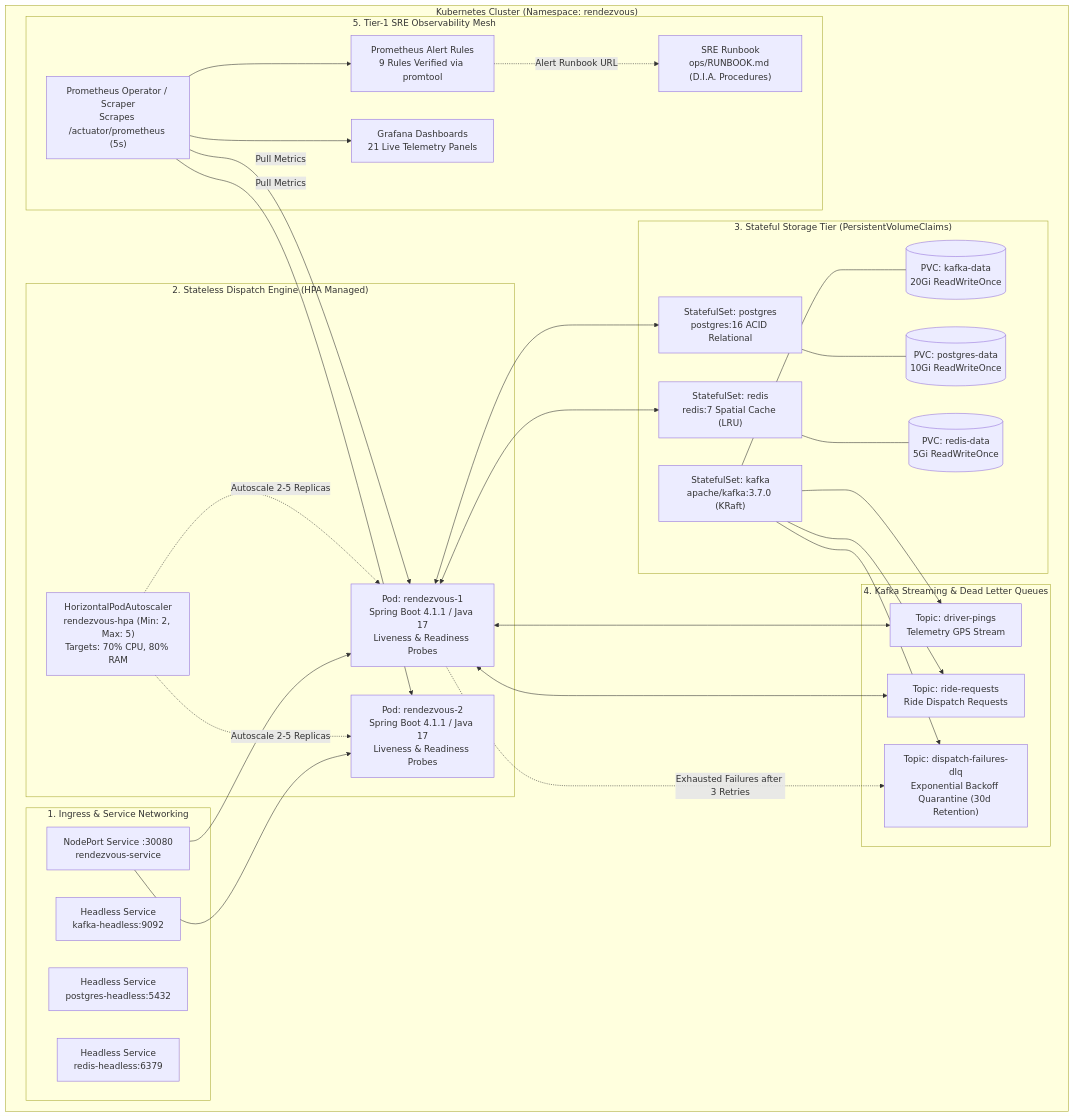
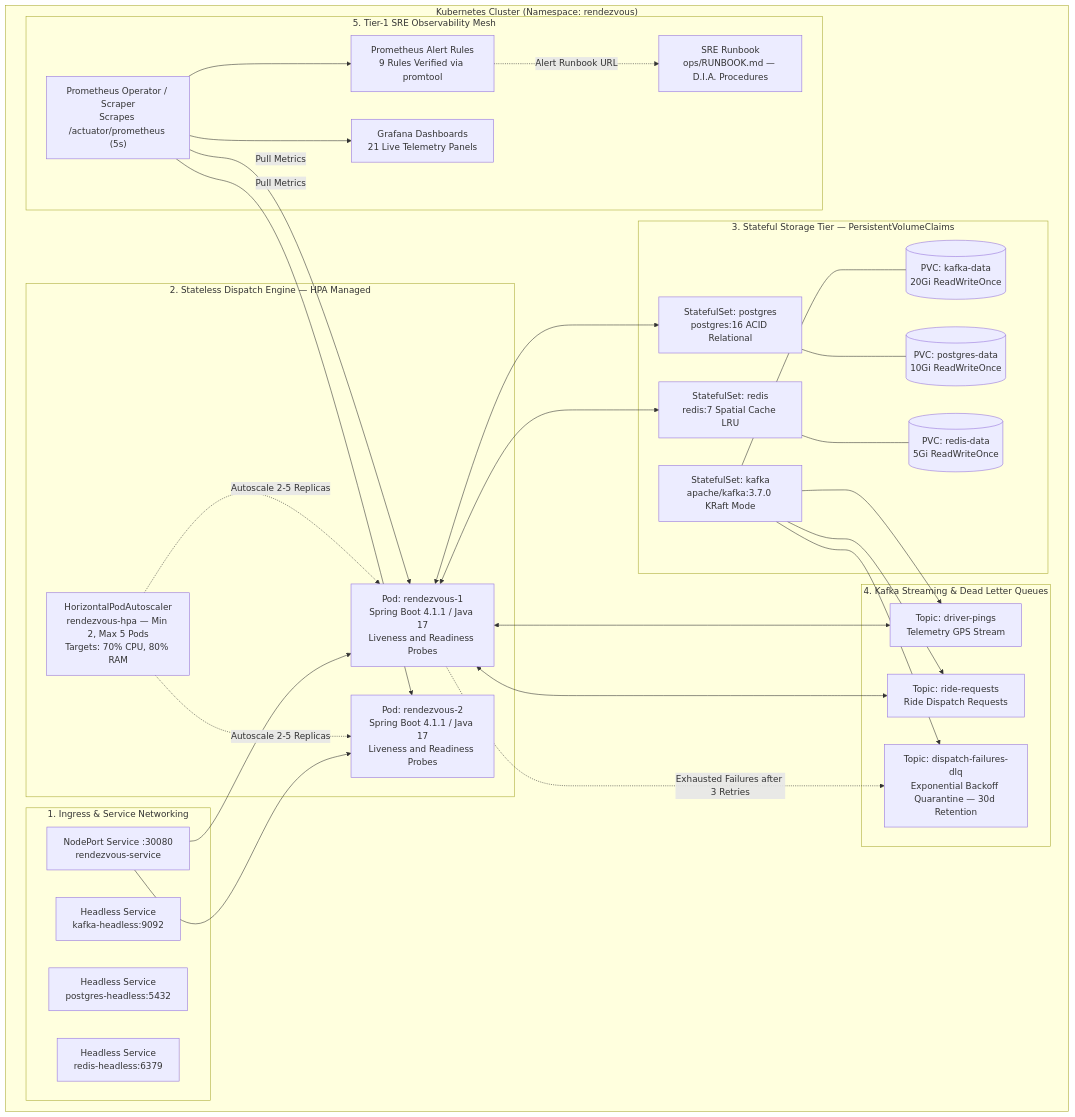
Before and after one commit to AagoshRajSri/Rendezvous: the first of 2 diagrams in README.md, drawn with Mermaid. The commit also changed other lines of this file, not shown here.

Commit message:
fix(docs): remove parentheses from Mermaid flowchart node labels for GitHub renderer compatibility

````diff
--- a/README.md
+++ b/README.md
@@ -77,65 +77,65 @@
 ```mermaid
 graph TD
     subgraph K8sCluster["Kubernetes Cluster (Namespace: rendezvous)"]
         
         subgraph IngressTier["1. Ingress & Service Networking"]
             SVC_NODE["NodePort Service :30080<br/>rendezvous-service"]
             SVC_KAFKA["Headless Service<br/>kafka-headless:9092"]
             SVC_PG["Headless Service<br/>postgres-headless:5432"]
             SVC_REDIS["Headless Service<br/>redis-headless:6379"]
         end
 
-        subgraph DispatchDeploy["2. Stateless Dispatch Engine (HPA Managed)"]
-            HPA["HorizontalPodAutoscaler<br/>rendezvous-hpa (Min: 2, Max: 5)<br/>Targets: 70% CPU, 80% RAM"]
-            POD1["Pod: rendezvous-1<br/>Spring Boot 4.1.1 / Java 17<br/>Liveness & Readiness Probes"]
-            POD2["Pod: rendezvous-2<br/>Spring Boot 4.1.1 / Java 17<br/>Liveness & Readiness Probes"]
+        subgraph DispatchDeploy["2. Stateless Dispatch Engine — HPA Managed"]
+            HPA["HorizontalPodAutoscaler<br/>rendezvous-hpa — Min 2, Max 5 Pods<br/>Targets: 70% CPU, 80% RAM"]
+            POD1["Pod: rendezvous-1<br/>Spring Boot 4.1.1 / Java 17<br/>Liveness and Readiness Probes"]
+            POD2["Pod: rendezvous-2<br/>Spring Boot 4.1.1 / Java 17<br/>Liveness and Readiness Probes"]
             HPA -.->|Autoscale 2-5 Replicas| POD1
             HPA -.->|Autoscale 2-5 Replicas| POD2
         end
 
-        subgraph StatefulDataTier["3. Stateful Storage Tier (PersistentVolumeClaims)"]
-            KAFKA_STS["StatefulSet: kafka<br/>apache/kafka:3.7.0 (KRaft)"]
+        subgraph StatefulDataTier["3. Stateful Storage Tier — PersistentVolumeClaims"]
+            KAFKA_STS["StatefulSet: kafka<br/>apache/kafka:3.7.0 KRaft Mode"]
             PVC_KAFKA[("PVC: kafka-data<br/>20Gi ReadWriteOnce")]
             KAFKA_STS --- PVC_KAFKA
 
             PG_STS["StatefulSet: postgres<br/>postgres:16 ACID Relational"]
             PVC_PG[("PVC: postgres-data<br/>10Gi ReadWriteOnce")]
             PG_STS --- PVC_PG
 
-            REDIS_STS["StatefulSet: redis<br/>redis:7 Spatial Cache (LRU)"]
+            REDIS_STS["StatefulSet: redis<br/>redis:7 Spatial Cache LRU"]
             PVC_REDIS[("PVC: redis-data<br/>5Gi ReadWriteOnce")]
             REDIS_STS --- PVC_REDIS
         end
 
         subgraph MessagingStreams["4. Kafka Streaming & Dead Letter Queues"]
             T_PING["Topic: driver-pings<br/>Telemetry GPS Stream"]
             T_RIDE["Topic: ride-requests<br/>Ride Dispatch Requests"]
-            T_DLQ["Topic: dispatch-failures-dlq<br/>Exponential Backoff Quarantine (30d Retention)"]
+            T_DLQ["Topic: dispatch-failures-dlq<br/>Exponential Backoff Quarantine — 30d Retention"]
             KAFKA_STS --> T_PING
             KAFKA_STS --> T_RIDE
             KAFKA_STS --> T_DLQ
         end
 
         subgraph ObservabilityMesh["5. Tier-1 SRE Observability Mesh"]
             PROM["Prometheus Operator / Scraper<br/>Scrapes /actuator/prometheus (5s)"]
             ALERT["Prometheus Alert Rules<br/>9 Rules Verified via promtool"]
-            RUNBOOK["SRE Runbook<br/>ops/RUNBOOK.md (D.I.A. Procedures)"]
+            RUNBOOK["SRE Runbook<br/>ops/RUNBOOK.md — D.I.A. Procedures"]
             GRAF["Grafana Dashboards<br/>21 Live Telemetry Panels"]
             PROM --> ALERT
             ALERT -.->|Alert Runbook URL| RUNBOOK
             PROM --> GRAF
         end
 
     end
 
     %% Network Interconnections
     SVC_NODE --> POD1
     SVC_NODE --> POD2
     POD1 <--> T_PING
     POD1 <--> T_RIDE
     POD1 -.->|Exhausted Failures after 3 Retries| T_DLQ
     POD1 <--> PG_STS
     POD1 <--> REDIS_STS
     PROM -->|Pull Metrics| POD1
     PROM -->|Pull Metrics| POD2
 ```
````
